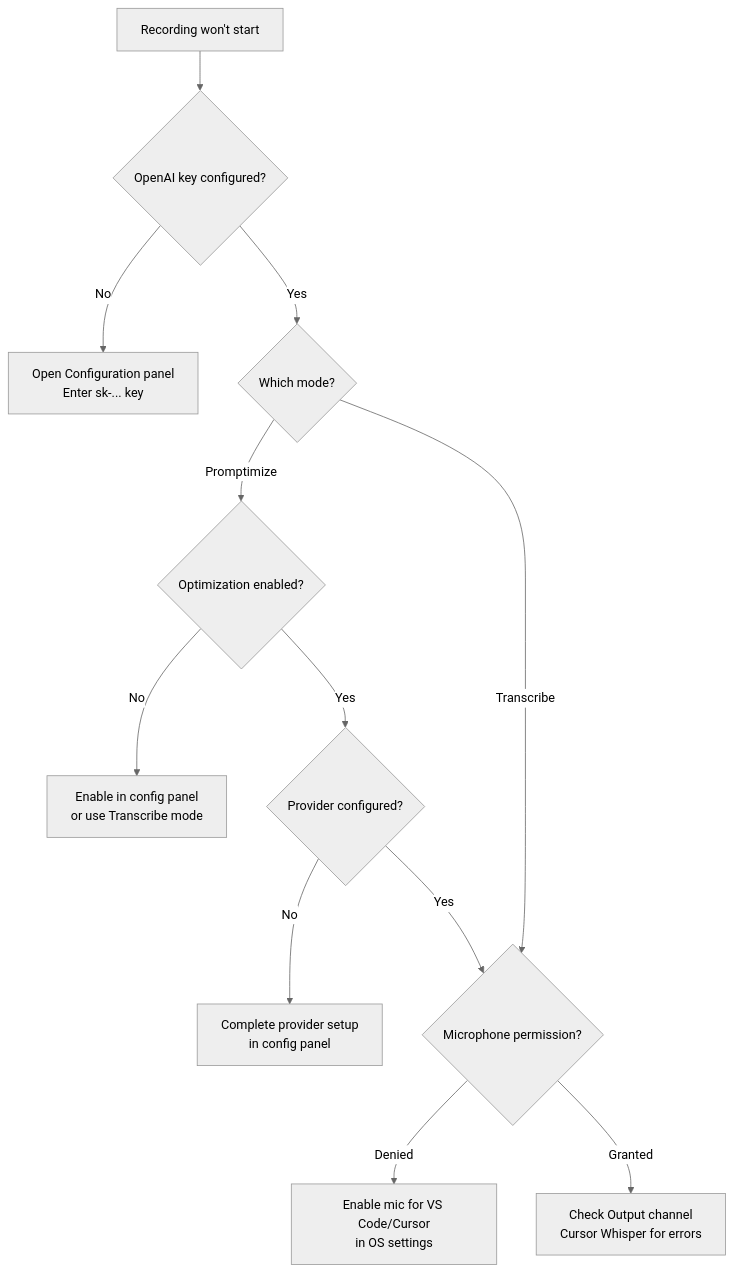
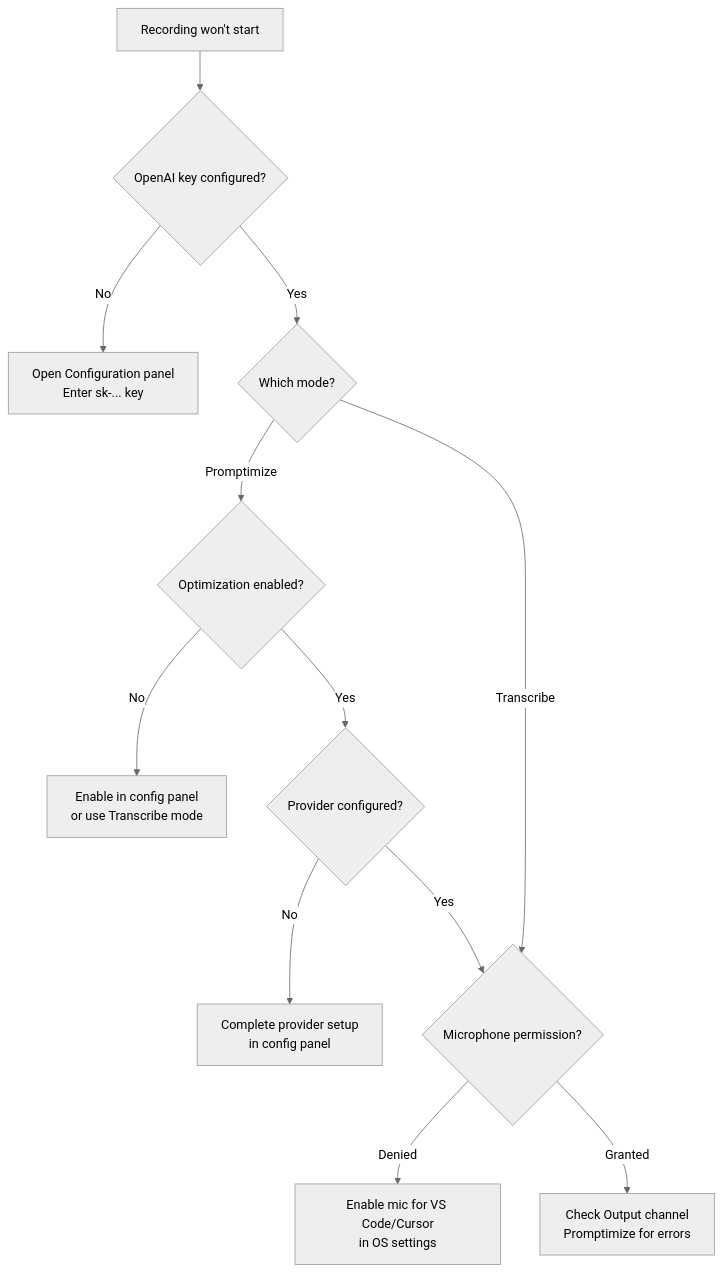
One commit to vypdev/cursor-whisper changed the first of 4 diagrams in docs/user-guide/troubleshooting.md. Above: the diagram before and after it, drawn with Mermaid (neutral theme). The commit also changed other lines of this file and 61 other files, not shown here.

First line of the commit message:
Rename Cursor Whisper to Promptimize and update related configurations and documentation

````diff
--- a/docs/user-guide/troubleshooting.md
+++ b/docs/user-guide/troubleshooting.md
@@ -9,14 +9,14 @@
 ```mermaid
 flowchart TD
     A[Recording won't start] --> B{OpenAI key configured?}
     B -->|No| C[Open Configuration panel<br/>Enter sk-... key]
     B -->|Yes| D{Which mode?}
     D -->|Promptimize| E{Optimization enabled?}
     E -->|No| F[Enable in config panel<br/>or use Transcribe mode]
     E -->|Yes| G{Provider configured?}
     G -->|No| H[Complete provider setup<br/>in config panel]
     G -->|Yes| I{Microphone permission?}
     D -->|Transcribe| I
     I -->|Denied| J[Enable mic for VS Code/Cursor<br/>in OS settings]
-    I -->|Granted| K[Check Output channel<br/>Cursor Whisper for errors]
+    I -->|Granted| K[Check Output channel<br/>Promptimize for errors]
 ```
````
